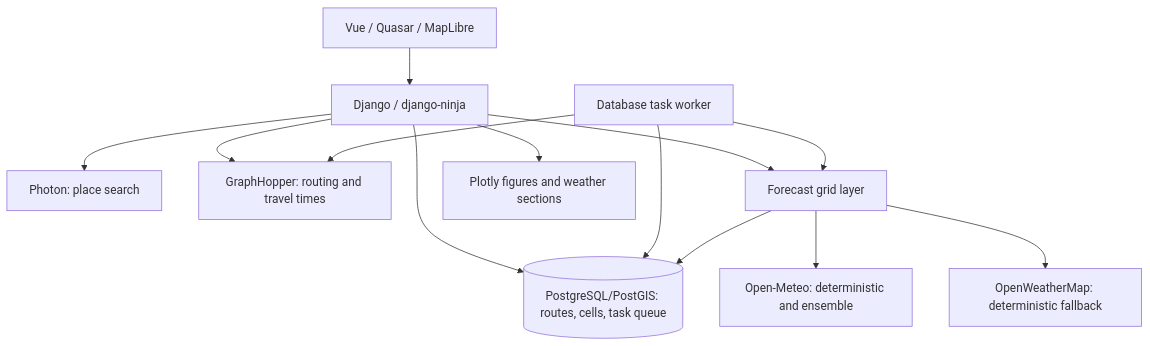
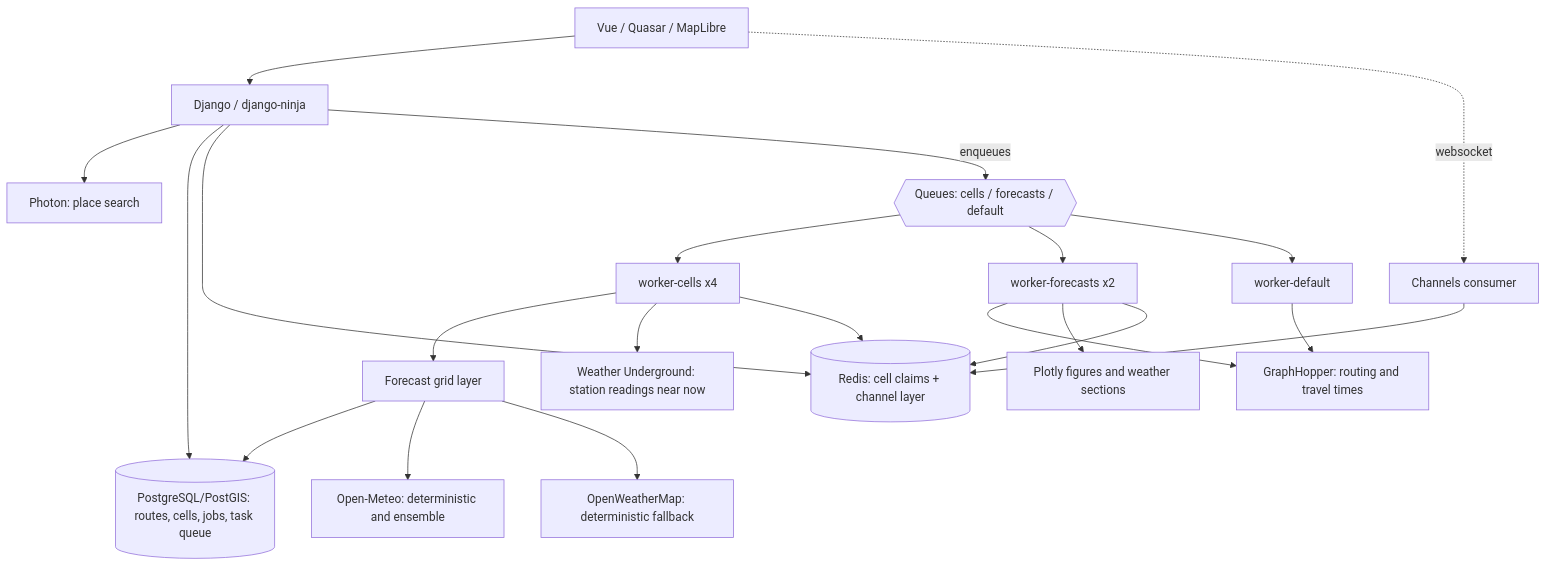
The diagram in docs/explanation/architecture.md (mnboos/norain), drawn with Mermaid before and after one commit. The commit also changed other lines of this file and 120 other files, not shown here.

````diff
--- a/docs/explanation/architecture.md
+++ b/docs/explanation/architecture.md
@@ -7,15 +7,23 @@
 ```mermaid
 flowchart TD
     UI[Vue / Quasar / MapLibre] --> API[Django / django-ninja]
+    UI -. websocket .-> WS[Channels consumer]
     API --> Photon[Photon: place search]
-    API --> GH[GraphHopper: routing and travel times]
-    API --> DB[(PostgreSQL/PostGIS: routes, cells, task queue)]
-    Worker[Database task worker] --> DB
-    Worker --> GH
-    API --> Grid[Forecast grid layer]
-    Worker --> Grid
+    API --> DB[(PostgreSQL/PostGIS: routes, cells, jobs, task queue)]
+    API --> Redis[(Redis: cell claims + channel layer)]
+    WS --> Redis
+    API -- enqueues --> Q{{Queues: cells / forecasts / default}}
+    Q --> WC[worker-cells x4]
+    Q --> WF[worker-forecasts x2]
+    Q --> WD[worker-default]
+    WF --> GH[GraphHopper: routing and travel times]
+    WD --> GH
+    WC --> Grid[Forecast grid layer]
+    WF --> Plot[Plotly figures and weather sections]
     Grid --> DB
     Grid --> OM[Open-Meteo: deterministic and ensemble]
     Grid --> OWM[OpenWeatherMap: deterministic fallback]
-    API --> Plot[Plotly figures and weather sections]
+    WC --> WU[Weather Underground: station readings near now]
+    WC --> Redis
+    WF --> Redis
 ```
````
